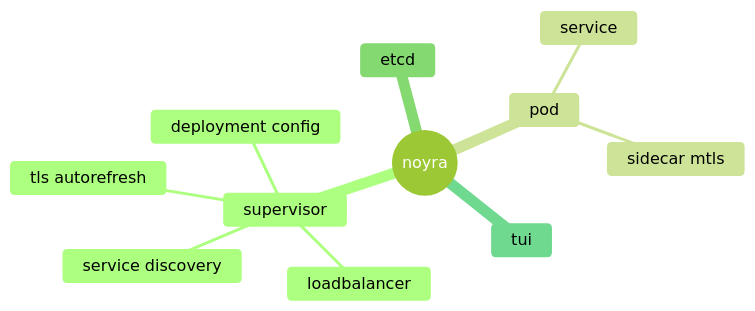
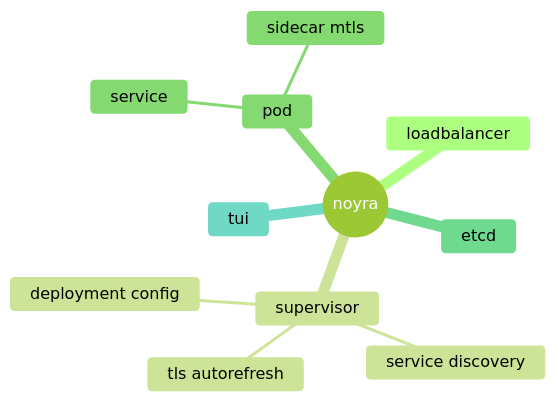
One commit to syrm/noyra changed the diagram in docs/mindmap.adoc. Above: the diagram before and after it, drawn with Mermaid (forest theme). The commit also changed 13 other files, not shown here.

```diff
--- a/docs/mindmap.adoc
+++ b/docs/mindmap.adoc
@@ -1,15 +1,15 @@
 [mermaid]
 ....
 mindmap
     root((noyra))
+        loadbalancer
         supervisor
-            loadbalancer
             service discovery
             tls autorefresh
             deployment config
         pod
             service
             sidecar mtls
         etcd
         tui
 ....
```
